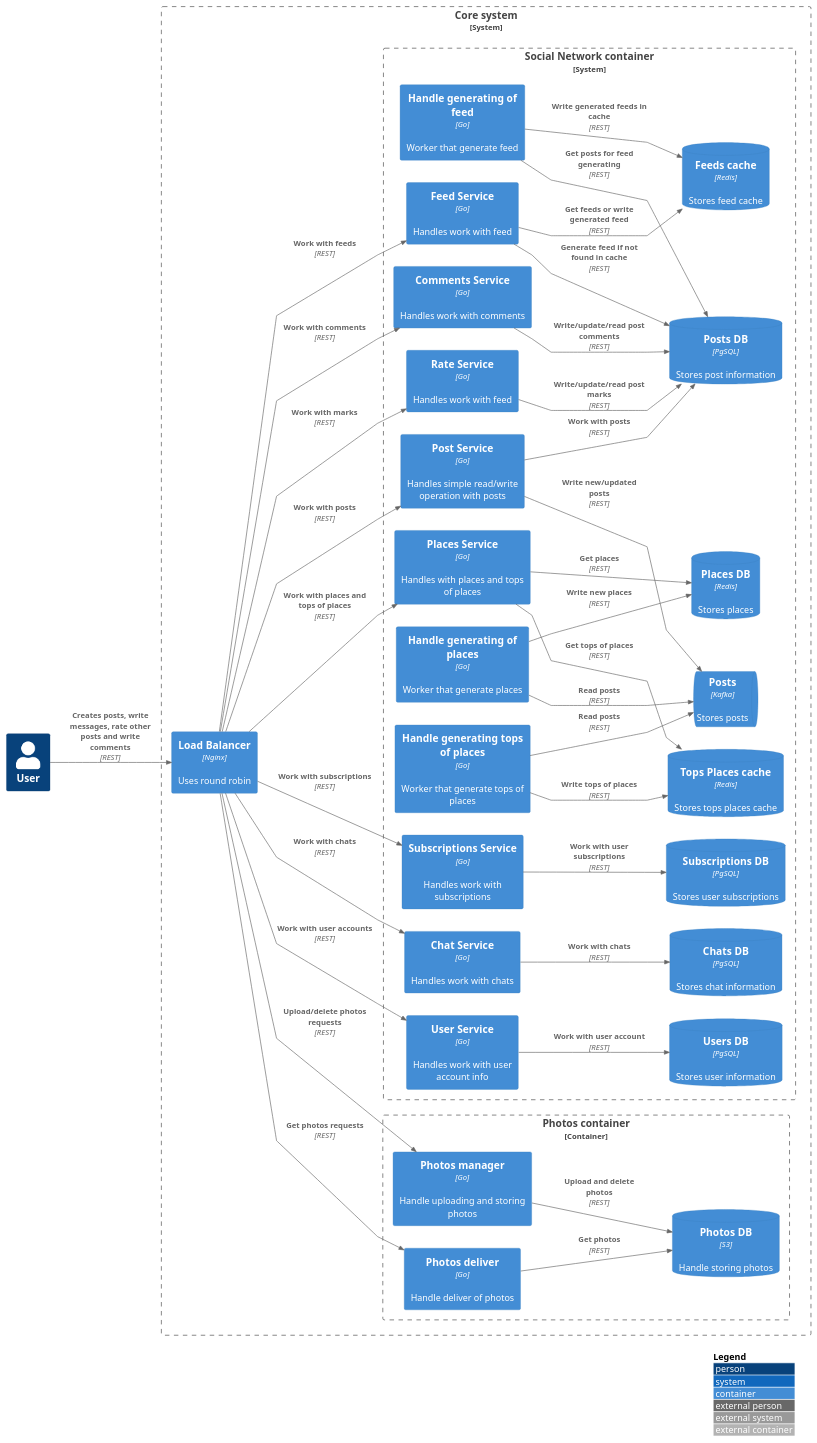
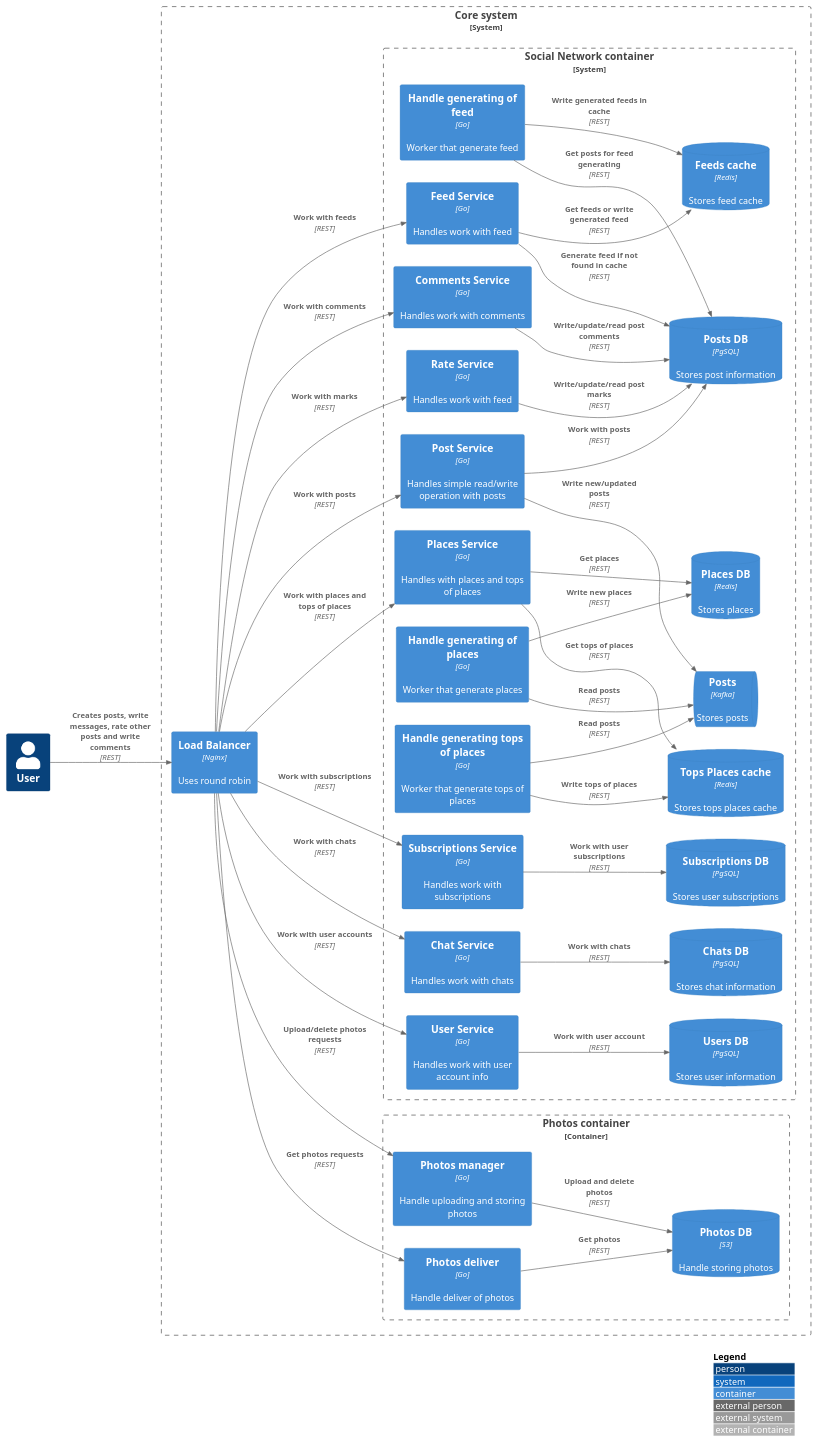
The diagram in arch/container.puml (NikitaPonomarevCourse/social_network_system_design), drawn with PlantUML before and after one commit.

```diff
--- a/arch/container.puml
+++ b/arch/container.puml
@@ -1,75 +1,74 @@
 @startuml
 !include https://raw.githubusercontent.com/plantuml-stdlib/C4-PlantUML/master/C4_Container.puml
 
-skinparam linetype polyline
 LAYOUT_WITH_LEGEND()
 LAYOUT_LANDSCAPE()
 
 Person(user, "User")
 
 System_Boundary(coreSystem, "Core system") {
     Container(loadBalancer, "Load Balancer", "Nginx", "Uses round robin")
     Container_Boundary(S3_container, "Photos container") {
          Container(S3_service, "Photos manager", "Go", "Handle uploading and storing photos")
          Container(S3_deliver, "Photos deliver", "Go", "Handle deliver of photos")
          ContainerDb(S3_storage, "Photos DB", "S3", "Handle storing photos")
 
          Rel(S3_service, S3_storage, "Upload and delete photos", "REST")
          Rel(S3_deliver, S3_storage, "Get photos", "REST")
     }
     System_Boundary(SN_container, "Social Network container") {
          Container(usersService, "User Service", "Go", "Handles work with user account info")
          Container(chatsService, "Chat Service", "Go", "Handles work with chats")
          Container(subscriptionsService, "Subscriptions Service", "Go", "Handles work with subscriptions")
          Container(postsService, "Post Service", "Go", "Handles simple read/write operation with posts")
          Container(placesService, "Places Service", "Go", "Handles with places and tops of places")
          Container(feedService, "Feed Service", "Go", "Handles work with feed")
          Container(feedGeneratorService, "Handle generating of feed", "Go", "Worker that generate feed")
          Container(rateService, "Rate Service", "Go", "Handles work with feed")
          Container(commentsService, "Comments Service", "Go", "Handles work with comments")
          Container(placesGeneratorService, "Handle generating of places", "Go", "Worker that generate places")
          Container(topPlacesGeneratorService, "Handle generating tops of places", "Go", "Worker that generate tops of places")
 
          ContainerDb(usersDB, "Users DB", "PgSQL", "Stores user information")
          ContainerDb(subscriptionsDB, "Subscriptions DB", "PgSQL", "Stores user subscriptions")
          ContainerDb(chatsDB, "Chats DB", "PgSQL", "Stores chat information")
          ContainerDb(postsDB, "Posts DB", "PgSQL", "Stores post information")
          ContainerDb(feedsDB, "Feeds cache", "Redis", "Stores feed cache")
          ContainerDb(topsPlacesDB, "Tops Places cache", "Redis", "Stores tops places cache")
          ContainerDb(placesDB, "Places DB", "Redis", "Stores places")
 
          ContainerQueue(postsQueue, "Posts", "Kafka", "Stores posts")
 
          Rel(usersService, usersDB, "Work with user account", "REST")
          Rel(subscriptionsService, subscriptionsDB, "Work with user subscriptions", "REST")
          Rel(chatsService, chatsDB, "Work with chats", "REST")
          Rel(postsService, postsDB, "Work with posts", "REST")
          Rel(placesService, placesDB, "Get places", "REST")
          Rel(placesService, topsPlacesDB, "Get tops of places", "REST")
          Rel(postsService, postsQueue, "Write new/updated posts", "REST")
          Rel(feedService, feedsDB, "Get feeds or write generated feed", "REST")
          Rel(feedService, postsDB, "Generate feed if not found in cache", "REST")
          Rel(feedGeneratorService, postsDB, "Get posts for feed generating", "REST")
          Rel(feedGeneratorService, feedsDB, "Write generated feeds in cache", "REST")
          Rel(rateService, postsDB, "Write/update/read post marks", "REST")
          Rel(commentsService, postsDB, "Write/update/read post comments", "REST")
          Rel(placesGeneratorService, postsQueue, "Read posts", "REST")
          Rel(placesGeneratorService, placesDB, "Write new places", "REST")
          Rel(topPlacesGeneratorService, postsQueue, "Read posts", "REST")
          Rel(topPlacesGeneratorService, topsPlacesDB, "Write tops of places", "REST")
     }
 
     Rel(loadBalancer, S3_service, "Upload/delete photos requests", "REST")
     Rel(loadBalancer, S3_deliver, "Get photos requests", "REST")
     Rel(loadBalancer, usersService, "Work with user accounts", "REST")
     Rel(loadBalancer, chatsService, "Work with chats", "REST")
     Rel(loadBalancer, postsService, "Work with posts", "REST")
     Rel(loadBalancer, feedService, "Work with feeds", "REST")
     Rel(loadBalancer, rateService, "Work with marks", "REST")
     Rel(loadBalancer, subscriptionsService, "Work with subscriptions", "REST")
     Rel(loadBalancer, commentsService, "Work with comments", "REST")
     Rel(loadBalancer, placesService, "Work with places and tops of places", "REST")
 }
 
 Rel(user, loadBalancer, "Creates posts, write messages, rate other posts and write comments", "REST")
 @enduml
```
